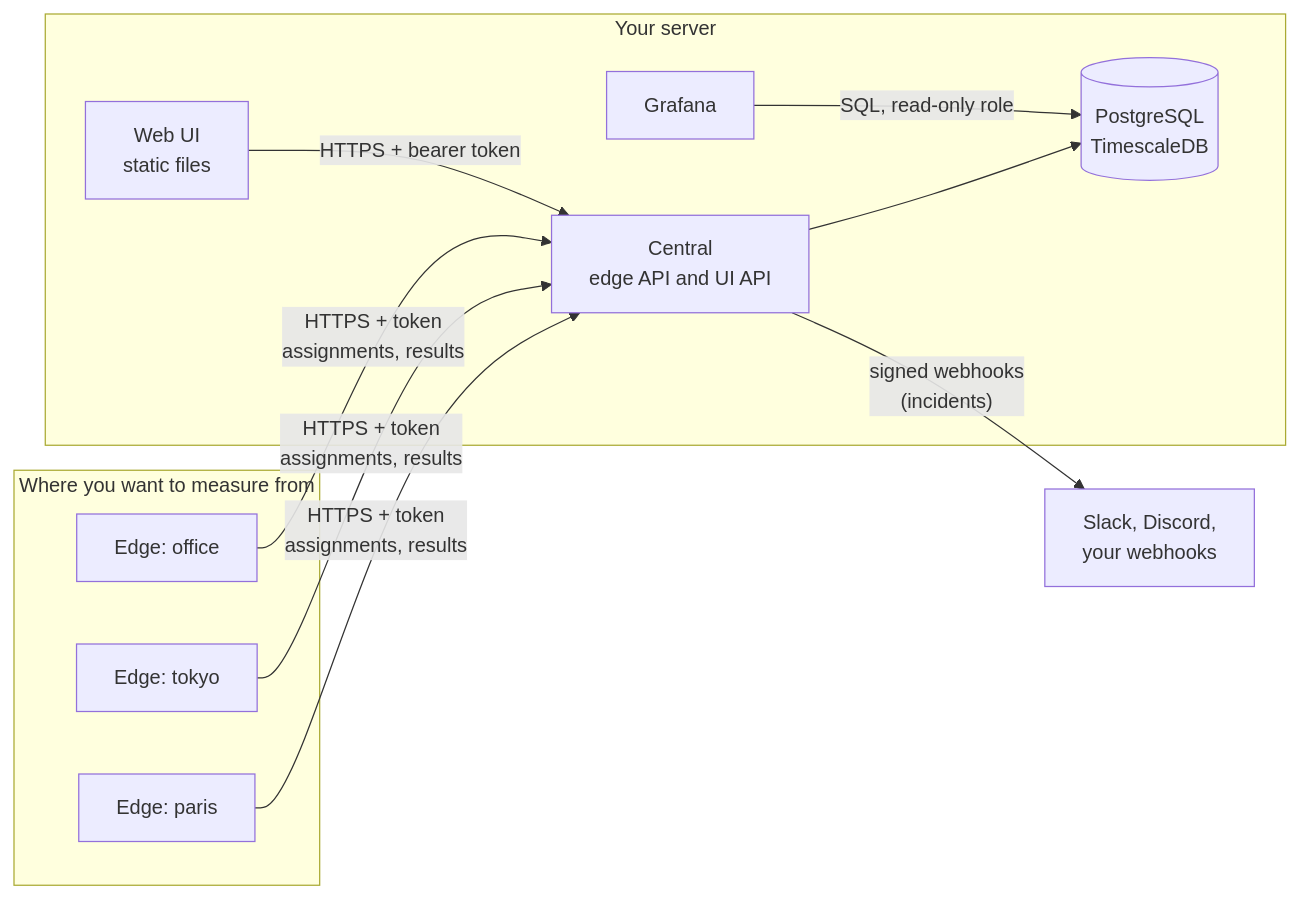
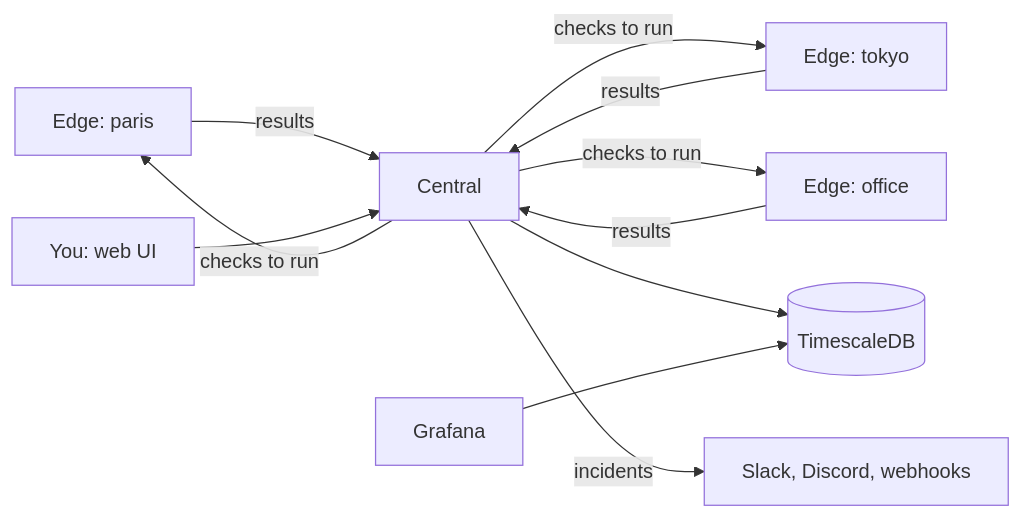
The diagram in README.md (Arylite/netprobe), drawn with Mermaid before and after one commit. The commit also changed other lines of this file and 18 other files, not shown here.

````diff
--- a/README.md
+++ b/README.md
@@ -105,20 +20,9 @@
 ```mermaid
 flowchart LR
-    subgraph sites[Where you want to measure from]
-        e1[Edge: paris]
-        e2[Edge: tokyo]
-        e3[Edge: office]
-    end
-    subgraph server[Your server]
-        central[Central<br/>edge API and UI API]
-        ui[Web UI<br/>static files]
-        db[(PostgreSQL<br/>TimescaleDB)]
-        grafana[Grafana]
-    end
-    hooks[Slack, Discord,<br/>your webhooks]
-    e1 & e2 & e3 -->|"HTTPS + token<br/>assignments, results"| central
-    ui -->|"HTTPS + bearer token"| central
-    central --> db
-    grafana -->|"SQL, read-only role"| db
-    central -->|"signed webhooks<br/>(incidents)"| hooks
+    e1[Edge: paris] & e2[Edge: tokyo] & e3[Edge: office] -->|results| central[Central]
+    central -->|checks to run| e1 & e2 & e3
+    central --> db[(TimescaleDB)]
+    central -->|incidents| chat[Slack, Discord, webhooks]
+    you[You: web UI] --> central
+    grafana[Grafana] --> db
 ```
````
